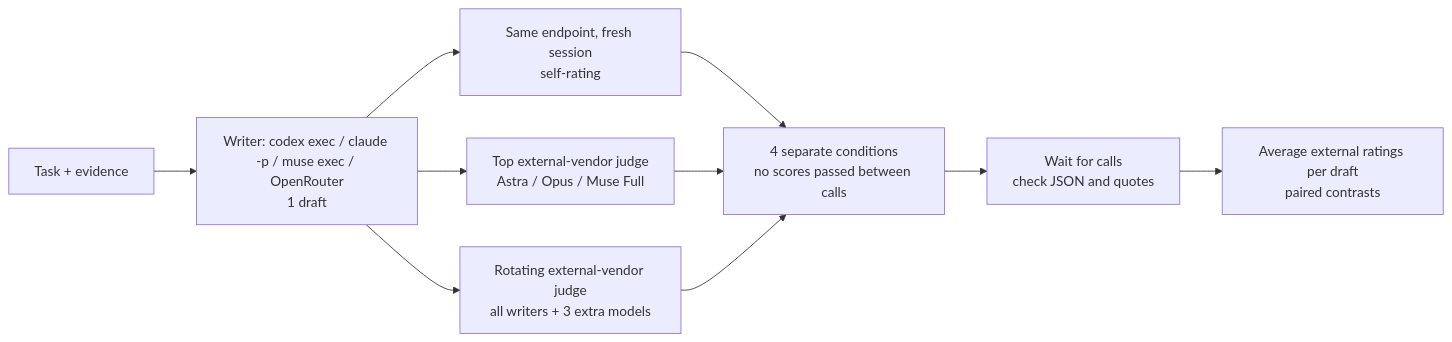
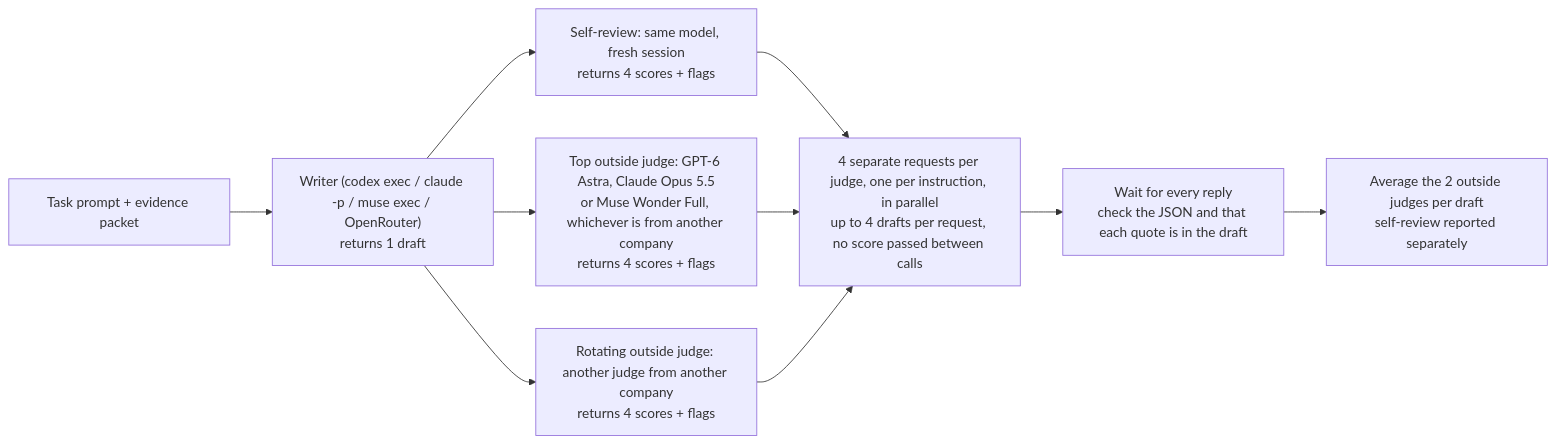
The second of 2 diagrams in notebooks/15-analytical-writing-style/README.md (k-sandhu/experiment-notebooks), drawn with Mermaid before and after one commit. The commit also changed other lines of this file and 2 other files, not shown here.

````diff
--- a/notebooks/15-analytical-writing-style/README.md
+++ b/notebooks/15-analytical-writing-style/README.md
@@ -79,12 +111,12 @@
 ```mermaid
 flowchart LR
- P["Task + evidence"] --> W["Writer: codex exec / claude -p / muse exec / OpenRouter<br/>1 draft"]
- W --> S["Same endpoint, fresh session<br/>self-rating"]
- W --> T["Top external-vendor judge<br/>Astra / Opus / Muse Full"]
- W --> R["Rotating external-vendor judge<br/>all writers + 3 extra models"]
- S --> X["4 separate conditions<br/>no scores passed between calls"]
- T --> X
- R --> X
- X --> V["Wait for calls<br/>check JSON and quotes"]
- V --> A["Average external ratings per draft<br/>paired contrasts"]
+    P["Task prompt + evidence packet"] --> W["Writer (codex exec / claude -p / muse exec / OpenRouter)<br/>returns 1 draft"]
+    W --> S["Self-review: same model, fresh session<br/>returns 4 scores + flags"]
+    W --> T["Top outside judge: GPT-6 Astra, Claude Opus 5.5<br/>or Muse Wonder Full, whichever is from another company<br/>returns 4 scores + flags"]
+    W --> R["Rotating outside judge: another judge from another company<br/>returns 4 scores + flags"]
+    S --> X["4 separate requests per judge, one per instruction, in parallel<br/>up to 4 drafts per request, no score passed between calls"]
+    T --> X
+    R --> X
+    X --> V["Wait for every reply<br/>check the JSON and that each quote is in the draft"]
+    V --> A["Average the 2 outside judges per draft<br/>self-review reported separately"]
 ```
````
